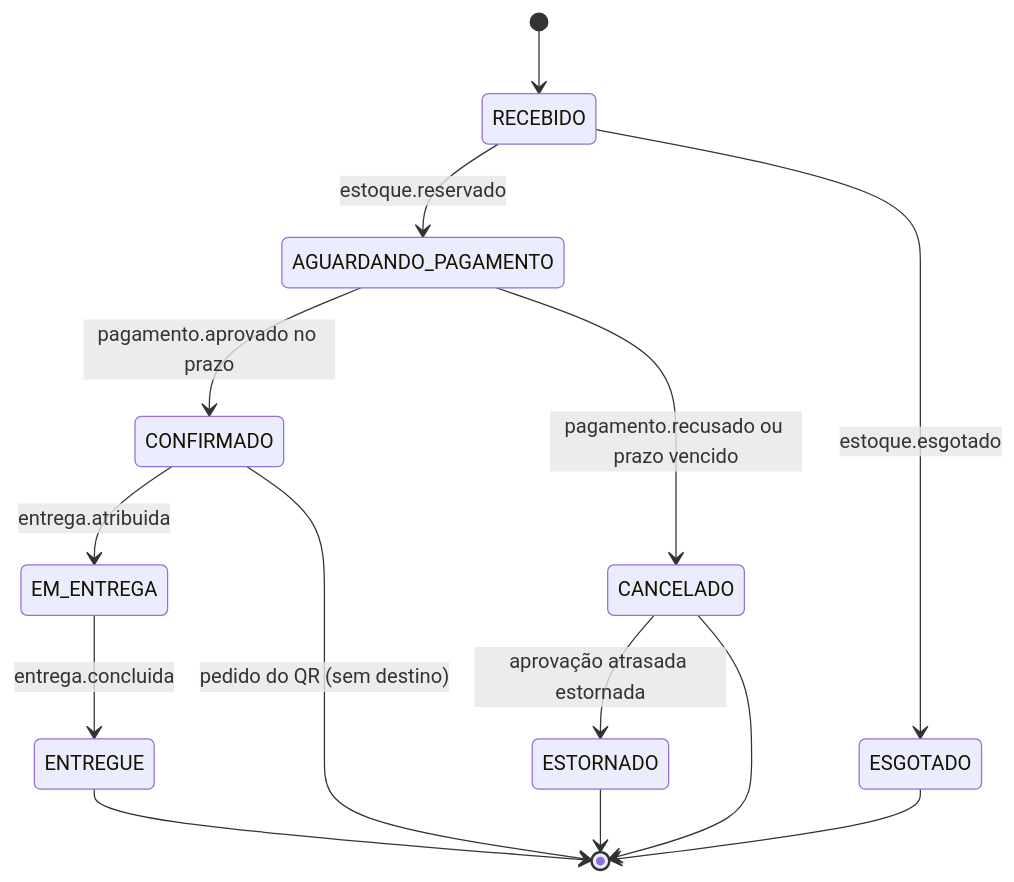
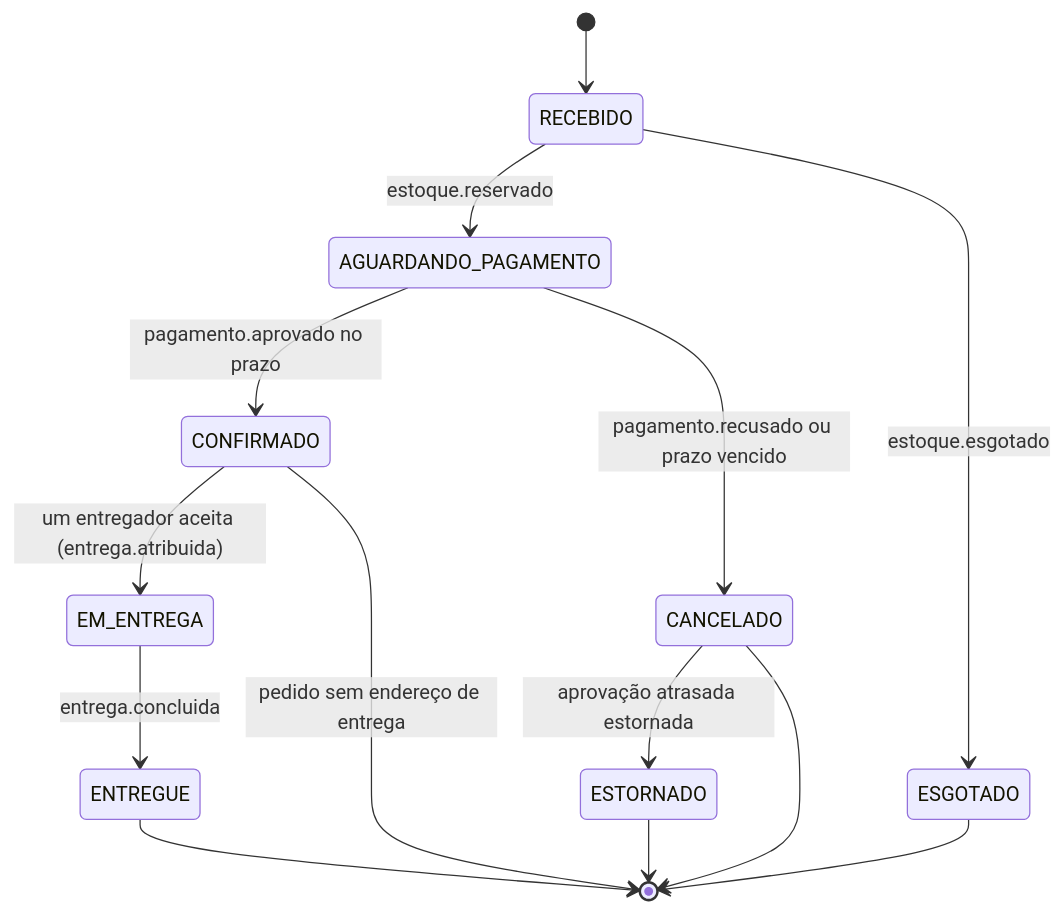
One commit to yurirrabelo/5bitsdelivery changed the diagram in docs/arquitetura/estados.mmd. Above: the diagram before and after it, drawn with Mermaid. The commit also changed 44 other files, not shown here.

```diff
--- a/docs/arquitetura/estados.mmd
+++ b/docs/arquitetura/estados.mmd
@@ -1,14 +1,14 @@
 stateDiagram-v2
     [*] --> RECEBIDO
     RECEBIDO --> AGUARDANDO_PAGAMENTO: estoque.reservado
     RECEBIDO --> ESGOTADO: estoque.esgotado
     AGUARDANDO_PAGAMENTO --> CONFIRMADO: pagamento.aprovado no prazo
     AGUARDANDO_PAGAMENTO --> CANCELADO: pagamento.recusado ou prazo vencido
     CANCELADO --> ESTORNADO: aprovação atrasada estornada
-    CONFIRMADO --> EM_ENTREGA: entrega.atribuida
+    CONFIRMADO --> EM_ENTREGA: um entregador aceita (entrega.atribuida)
     EM_ENTREGA --> ENTREGUE: entrega.concluida
-    CONFIRMADO --> [*]: pedido do QR (sem destino)
+    CONFIRMADO --> [*]: pedido sem endereço de entrega
     ESGOTADO --> [*]
     CANCELADO --> [*]
     ESTORNADO --> [*]
     ENTREGUE --> [*]
```
